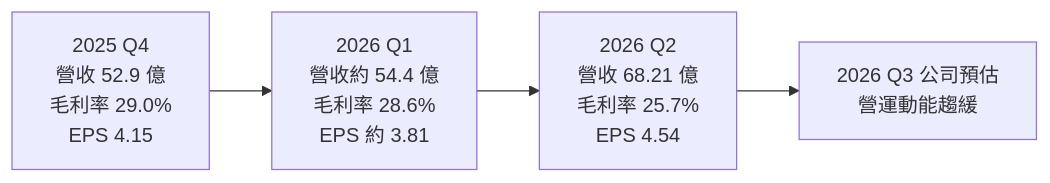
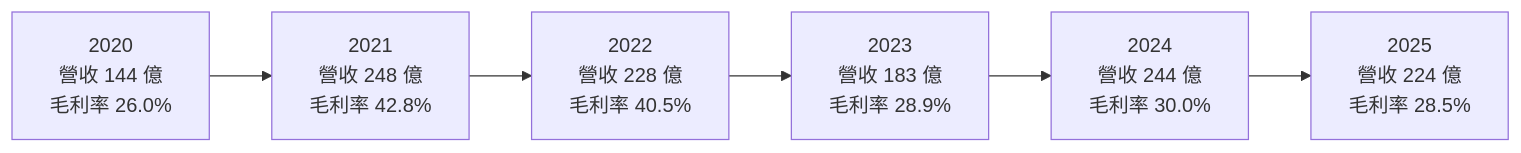
The third of 4 diagrams in 個股/台股/3592瑞鼎.md (wangnick1004/taiwan-stock-vault), drawn with Mermaid before and after one commit. The commit also changed other lines of this file and 88 other files, not shown here.

````diff
--- a/個股/台股/3592瑞鼎.md
+++ b/個股/台股/3592瑞鼎.md
@@ -134,4 +143,4 @@
 ```mermaid
 flowchart LR
-    A["2025 Q4<br/>營收 52.9 億<br/>毛利率 29.0%<br/>EPS 4.15"] --> B["2026 Q1<br/>營收約 54.4 億<br/>毛利率 28.6%<br/>EPS 約 3.81"] --> C["2026 Q2<br/>營收 68.21 億<br/>毛利率 25.7%<br/>EPS 4.54"] --> D["2026 Q3 公司預估<br/>營運動能趨緩"]
+    Y20["2020<br/>營收 144 億<br/>毛利率 26.0%"] --> Y21["2021<br/>營收 248 億<br/>毛利率 42.8%"] --> Y22["2022<br/>營收 228 億<br/>毛利率 40.5%"] --> Y23["2023<br/>營收 183 億<br/>毛利率 28.9%"] --> Y24["2024<br/>營收 244 億<br/>毛利率 30.0%"] --> Y25["2025<br/>營收 224 億<br/>毛利率 28.5%"]
 ```
````
